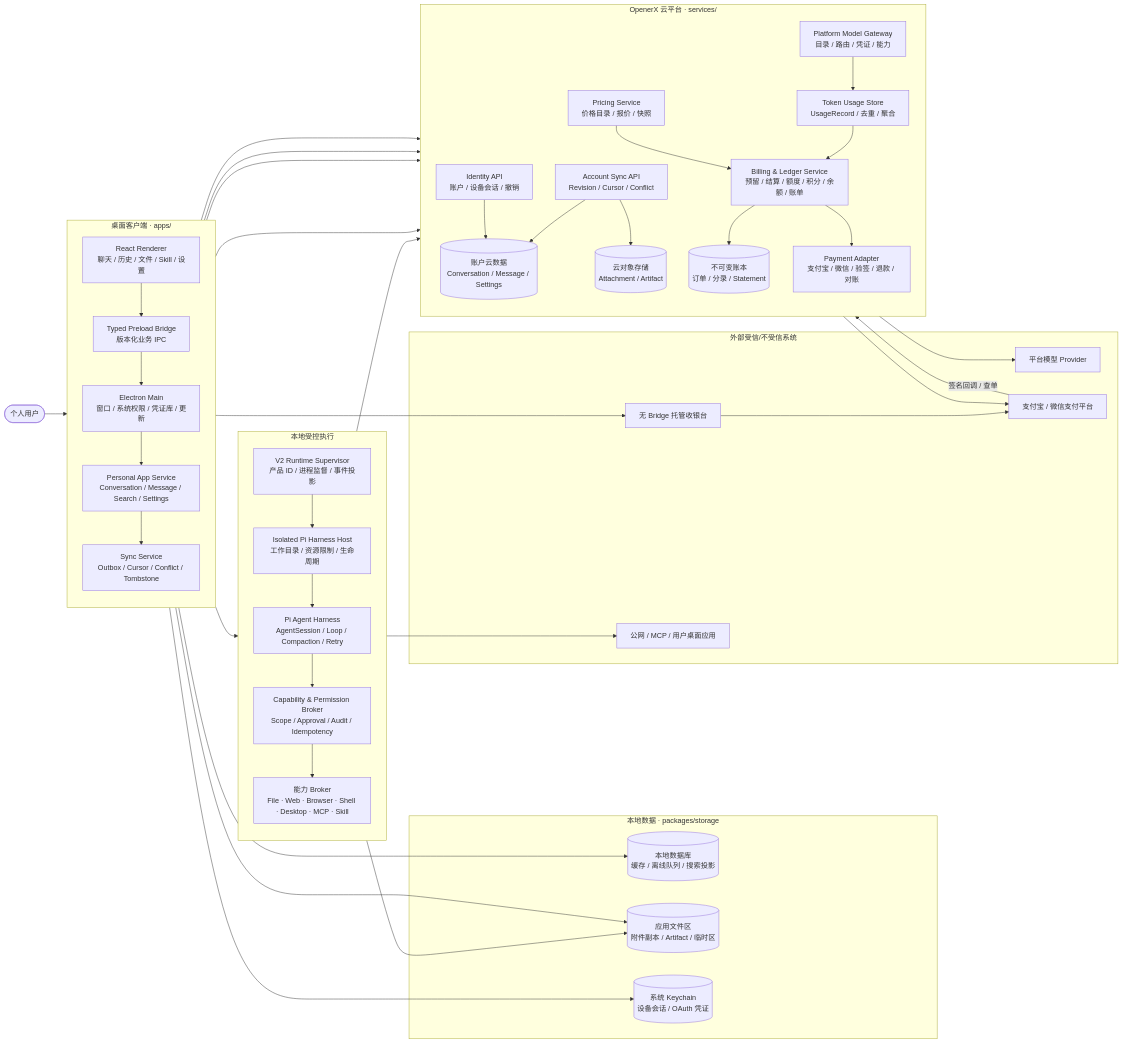
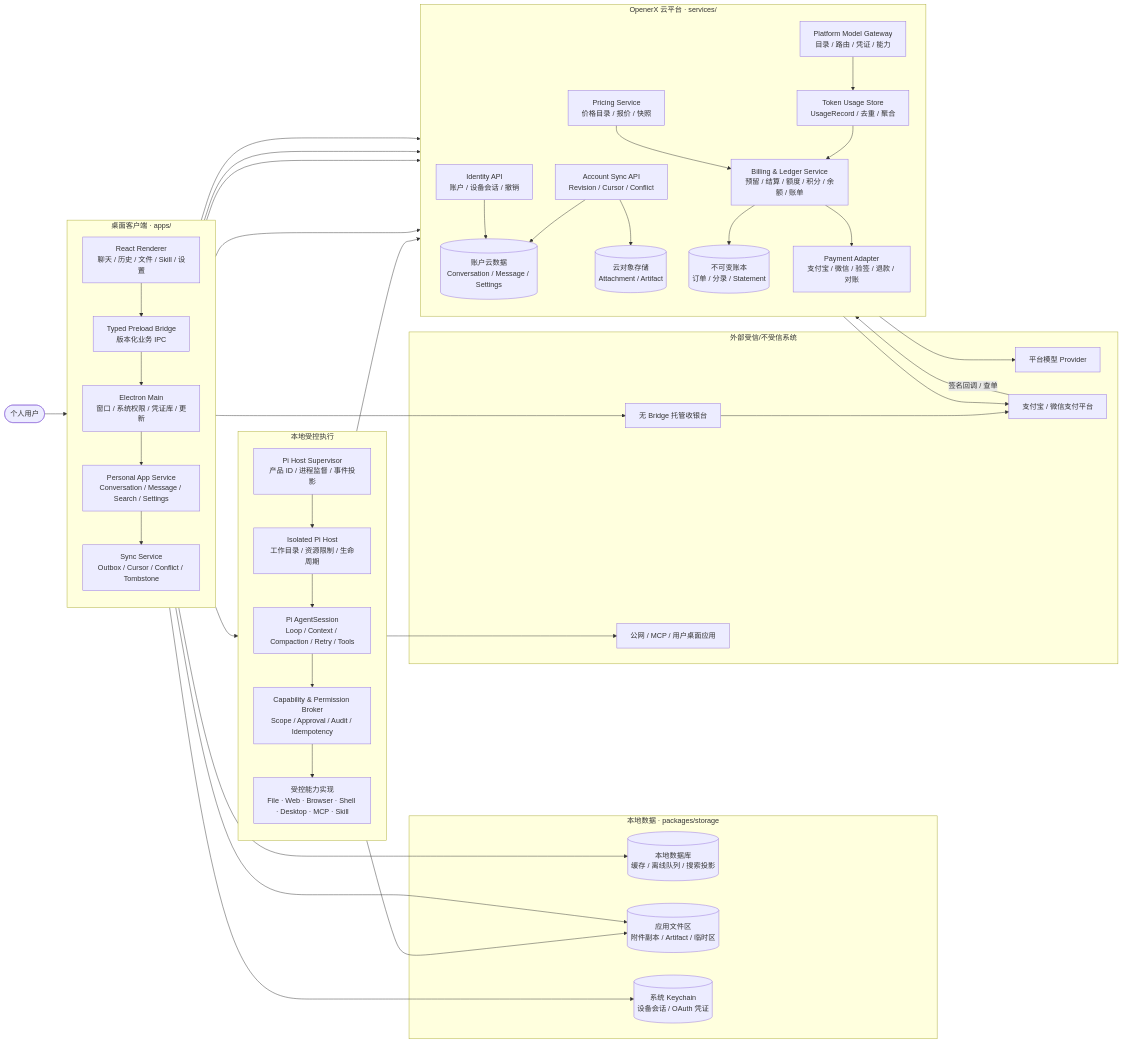
Before and after one commit to openerserver/openerx: the first of 4 diagrams in docs/v2/14-overall-architecture.md, drawn with Mermaid. The commit also changed other lines of this file and 81 other files, not shown here.

```diff
--- a/docs/v2/14-overall-architecture.md
+++ b/docs/v2/14-overall-architecture.md
@@ -49,11 +49,11 @@
 
   subgraph EXECUTION["本地受控执行"]
     direction TB
-    SUPERVISOR["V2 Runtime Supervisor<br/>产品 ID / 进程监督 / 事件投影"]
-    HOST["Isolated Pi Harness Host<br/>工作目录 / 资源限制 / 生命周期"]
-    PI["Pi Agent Harness<br/>AgentSession / Loop / Compaction / Retry"]
+    SUPERVISOR["Pi Host Supervisor<br/>产品 ID / 进程监督 / 事件投影"]
+    HOST["Isolated Pi Host<br/>工作目录 / 资源限制 / 生命周期"]
+    PI["Pi AgentSession<br/>Loop / Context / Compaction / Retry / Tools"]
     TOOL_GATEWAY["Capability & Permission Broker<br/>Scope / Approval / Audit / Idempotency"]
-    CAPABILITIES["能力 Broker<br/>File · Web · Browser · Shell · Desktop · MCP · Skill"]
+    CAPABILITIES["受控能力实现<br/>File · Web · Browser · Shell · Desktop · MCP · Skill"]
   end
 
   subgraph CLOUD["OpenerX 云平台 · services/"]
```
